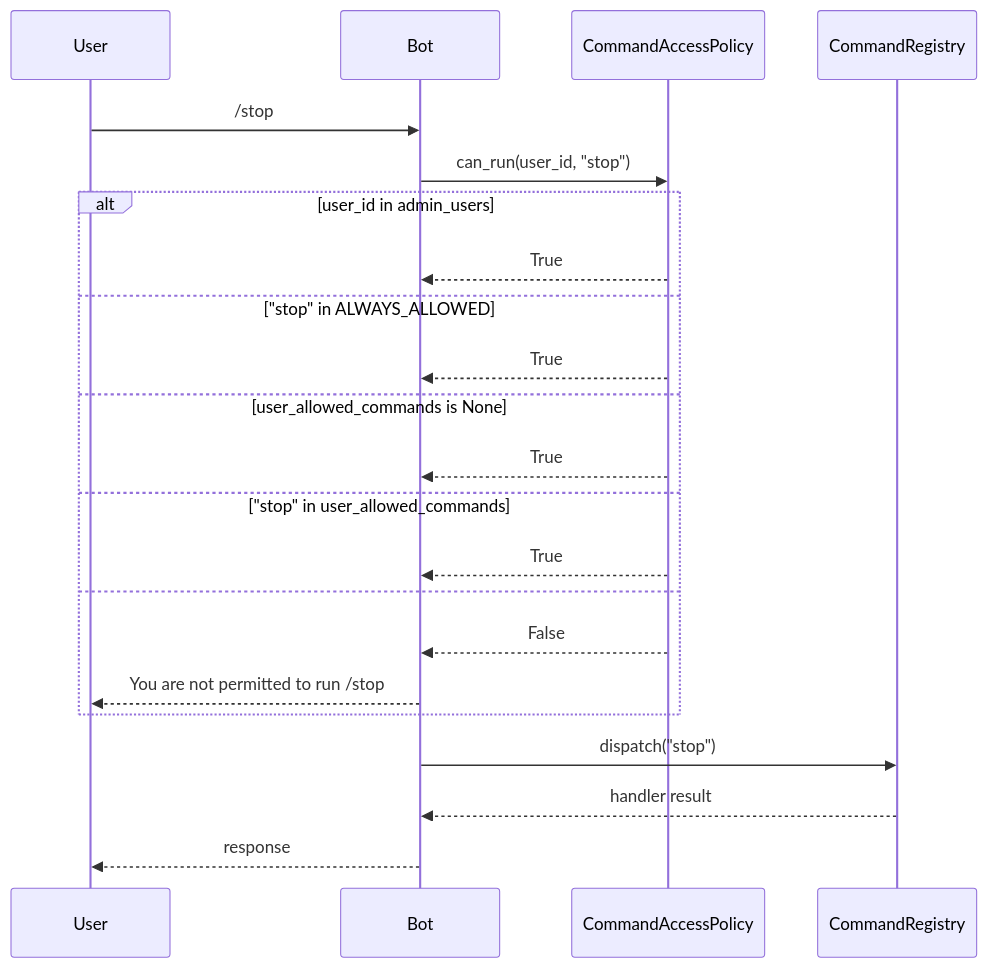
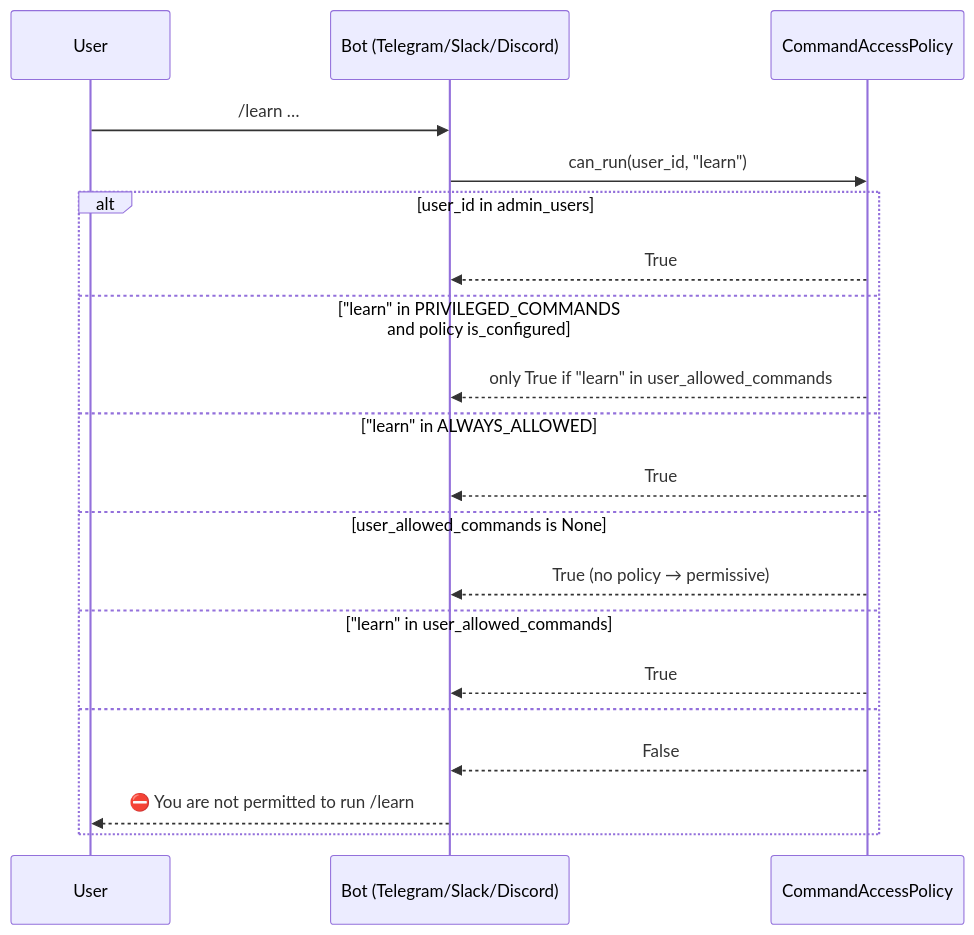
Before and after one commit to MervinPraison/PraisonAIDocs: the second of 3 diagrams in docs/features/bot-command-access-control.mdx, drawn with Mermaid. The commit also changed other lines of this file and 1 other file, not shown here.

First line of the commit message:
docs(features/bot-command-access-control): cover Slack + Discord and PRIVILEGED_COMMANDS guard (fixes #893)

````diff
--- a/docs/features/bot-command-access-control.mdx
+++ b/docs/features/bot-command-access-control.mdx
@@ -87,25 +128,23 @@
 ```mermaid
 sequenceDiagram
     participant User
-    participant Bot
+    participant Bot as Bot (Telegram/Slack/Discord)
     participant Policy as CommandAccessPolicy
-    participant Registry as CommandRegistry
 
-    User->>Bot: /stop
-    Bot->>Policy: can_run(user_id, "stop")
+    User->>Bot: /learn …
+    Bot->>Policy: can_run(user_id, "learn")
     alt user_id in admin_users
         Policy-->>Bot: True
-    else "stop" in ALWAYS_ALLOWED
+    else "learn" in PRIVILEGED_COMMANDS and policy is_configured
+        Policy-->>Bot: only True if "learn" in user_allowed_commands
+    else "learn" in ALWAYS_ALLOWED
         Policy-->>Bot: True
     else user_allowed_commands is None
-        Policy-->>Bot: True
-    else "stop" in user_allowed_commands
+        Policy-->>Bot: True (no policy → permissive)
+    else "learn" in user_allowed_commands
         Policy-->>Bot: True
     else
         Policy-->>Bot: False
-        Bot-->>User: You are not permitted to run /stop
+        Bot-->>User: ⛔ You are not permitted to run /learn
     end
-    Bot->>Registry: dispatch("stop")
-    Registry-->>Bot: handler result
-    Bot-->>User: response
 ```
````
